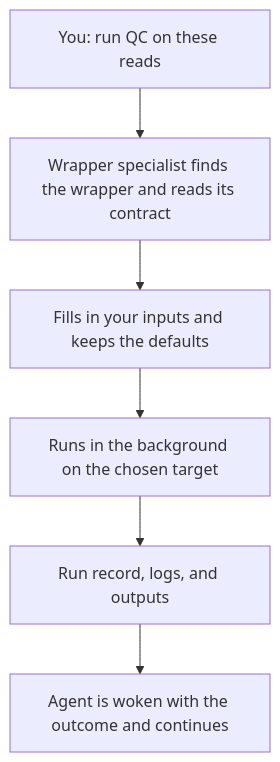
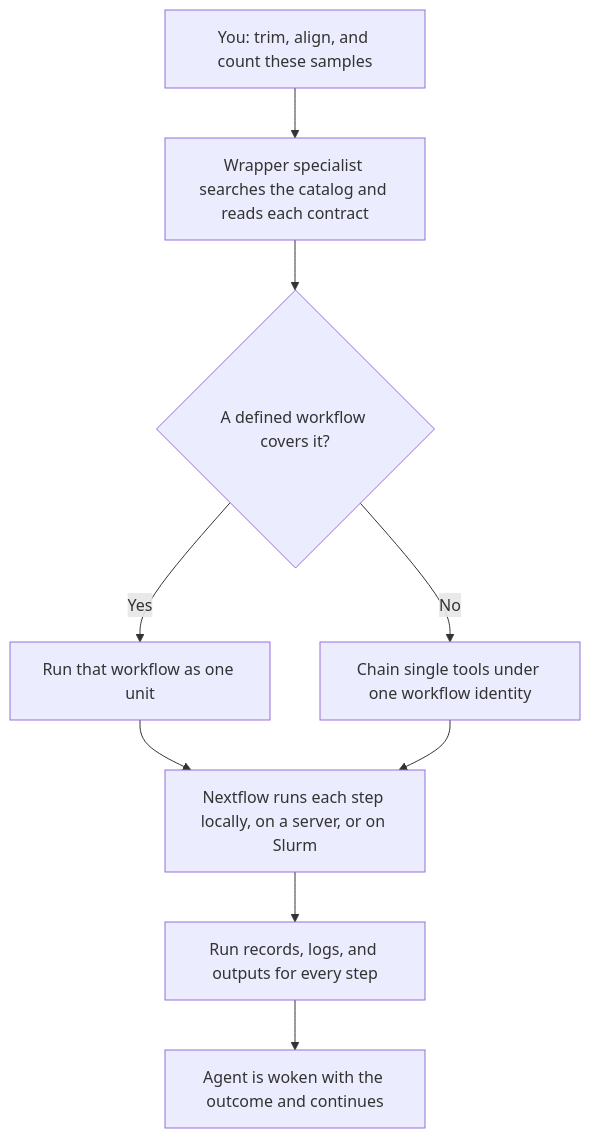
One commit to dxsbiocc/phi changed the diagram in README.md. Above: the diagram before and after it, drawn with Mermaid. The commit also changed other lines of this file and 1 other file, not shown here.

Commit message:
docs: Explain Wrappers as atomic Nextflow steps the agent composes or runs as defined workflows

````diff
--- a/README.md
+++ b/README.md
@@ -36,8 +45,11 @@
 ```mermaid
 flowchart TD
-    A["You: run QC on these reads"] --> B["Wrapper specialist finds the wrapper and reads its contract"]
-    B --> C["Fills in your inputs and keeps the defaults"]
-    C --> D["Runs in the background on the chosen target"]
-    D --> E["Run record, logs, and outputs"]
-    E --> F["Agent is woken with the outcome and continues"]
+    A["You: trim, align, and count these samples"] --> B["Wrapper specialist searches the catalog and reads each contract"]
+    B --> C{"A defined workflow covers it?"}
+    C -- "Yes" --> D["Run that workflow as one unit"]
+    C -- "No" --> E["Chain single tools under one workflow identity"]
+    D --> F["Nextflow runs each step locally, on a server, or on Slurm"]
+    E --> F
+    F --> G["Run records, logs, and outputs for every step"]
+    G --> H["Agent is woken with the outcome and continues"]
 ```
````
